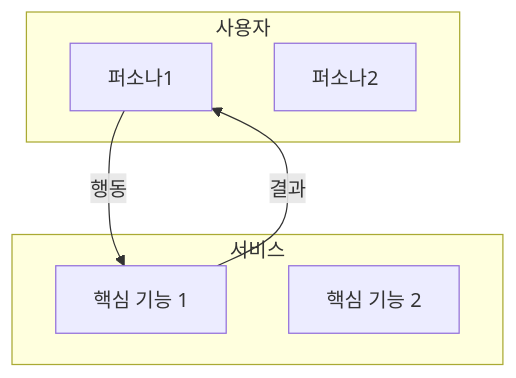
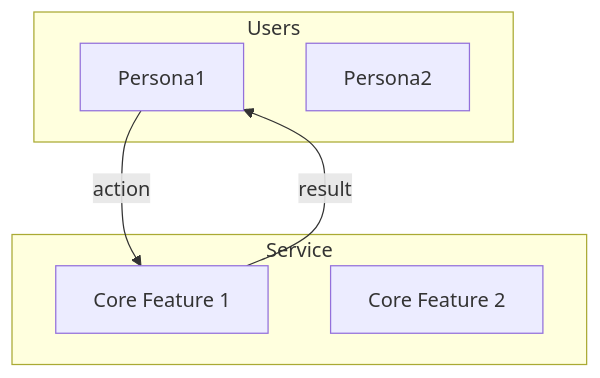
The diagram in solera/skills/writing-goal/assets/service-map.md (noory-code/noory-ai), drawn with Mermaid before and after one commit. The commit also changed other lines of this file and 95 other files, not shown here.

````diff
--- a/solera/skills/writing-goal/assets/service-map.md
+++ b/solera/skills/writing-goal/assets/service-map.md
@@ -81,18 +81,18 @@
 ```mermaid
 flowchart TB
-    subgraph 사용자
-        U1[퍼소나1]
-        U2[퍼소나2]
+    subgraph Users
+        U1[Persona1]
+        U2[Persona2]
     end
 
-    subgraph 서비스
-        S1[핵심 기능 1]
-        S2[핵심 기능 2]
+    subgraph Service
+        S1[Core Feature 1]
+        S2[Core Feature 2]
     end
 
-    U1 -->|행동| S1
-    S1 -->|결과| U1
+    U1 -->|action| S1
+    S1 -->|result| U1
 
     classDef planned fill:#f5f5f5,stroke:#999,color:#666
     classDef v1 fill:#c8e6c9,stroke:#4caf50
 ```
````
